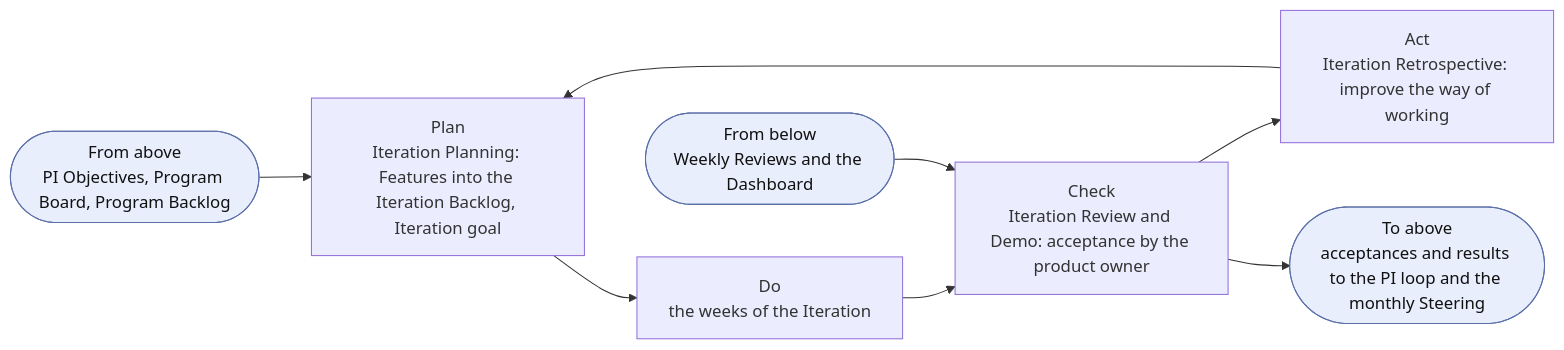
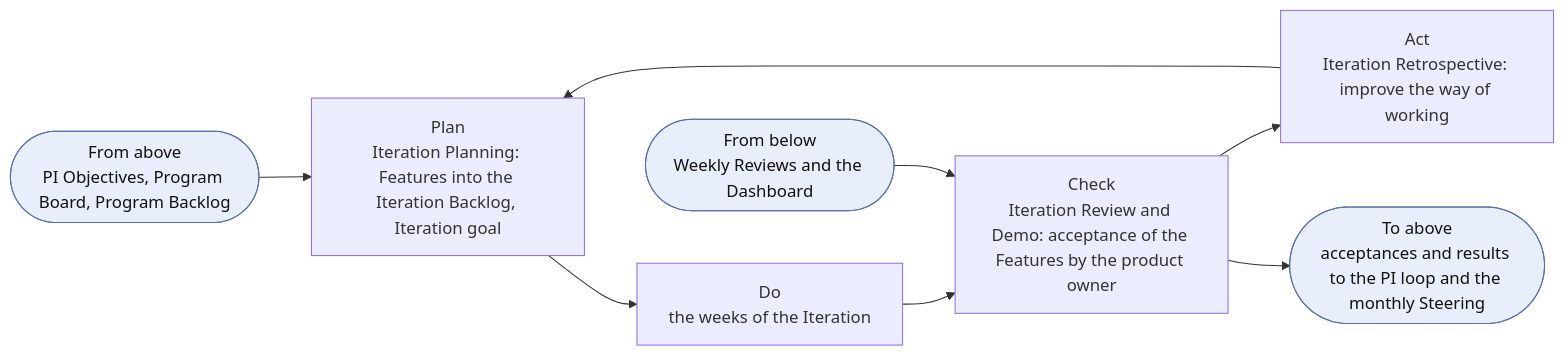
Before and after one commit to devhogu/ob-aicc: the sixth of 13 diagrams in charter/documents/solution-lifecycle-model.md, drawn with Mermaid. The commit also changed other lines of this file and 75 other files, not shown here.

Commit message:
Life-cycle flows, measures, end-to-end evaluation, two-level acceptance, and the yearly Steering in December (DR-2026-050 to DR-2026-057)

````diff
--- a/charter/documents/solution-lifecycle-model.md
+++ b/charter/documents/solution-lifecycle-model.md
@@ -274,8 +279,8 @@
 ```mermaid
 flowchart LR
   IN(["From above<br/>PI Objectives, Program Board, Program Backlog"]):::iface --> P
-  P["Plan<br/>Iteration Planning: Features into the Iteration Backlog, Iteration goal"] --> D["Do<br/>the weeks of the Iteration"] --> C["Check<br/>Iteration Review and Demo: acceptance by the product owner"] --> A["Act<br/>Iteration Retrospective: improve the way of working"] --> P
+  P["Plan<br/>Iteration Planning: Features into the Iteration Backlog, Iteration goal"] --> D["Do<br/>the weeks of the Iteration"] --> C["Check<br/>Iteration Review and Demo: acceptance of the Features by the product owner"] --> A["Act<br/>Iteration Retrospective: improve the way of working"] --> P
   EV(["From below<br/>Weekly Reviews and the Dashboard"]):::iface --> C
   C --> UP(["To above<br/>acceptances and results to the PI loop and the monthly Steering"]):::iface
   classDef iface fill:#e8eefc,stroke:#5a6fa8,color:#111
 ```
````
